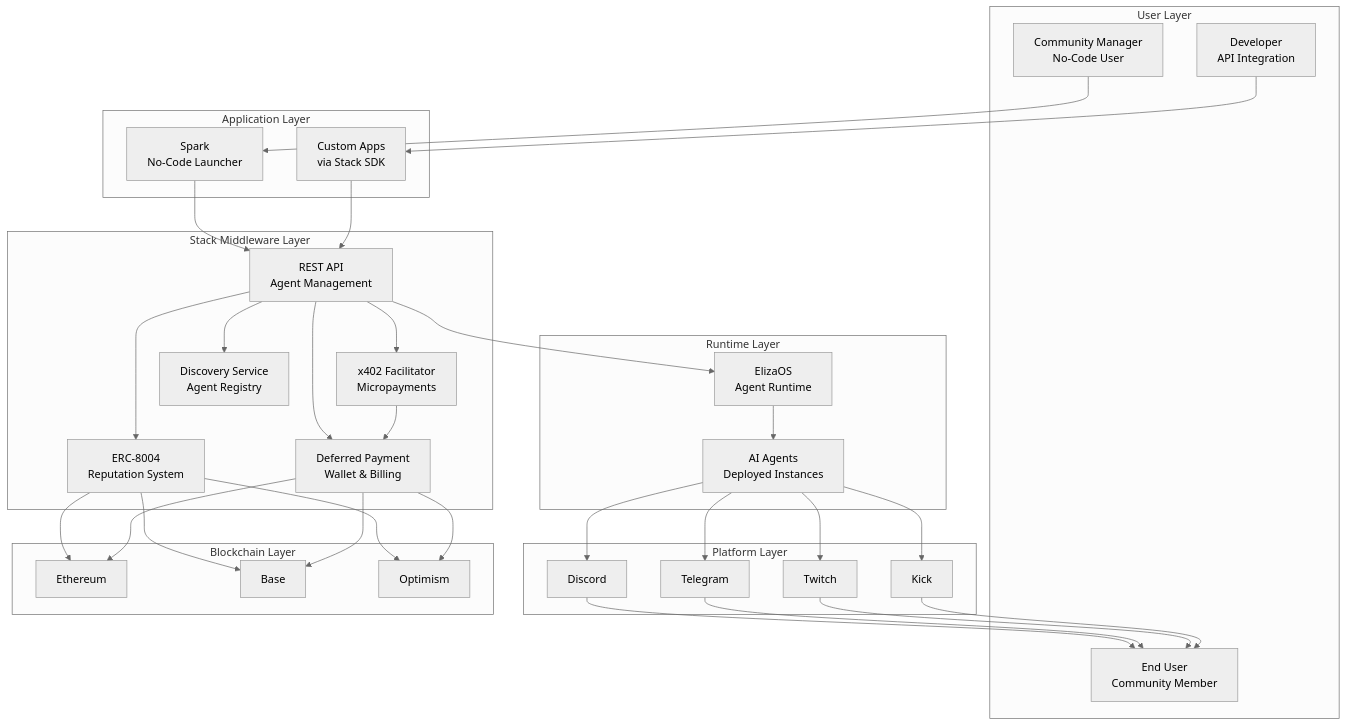
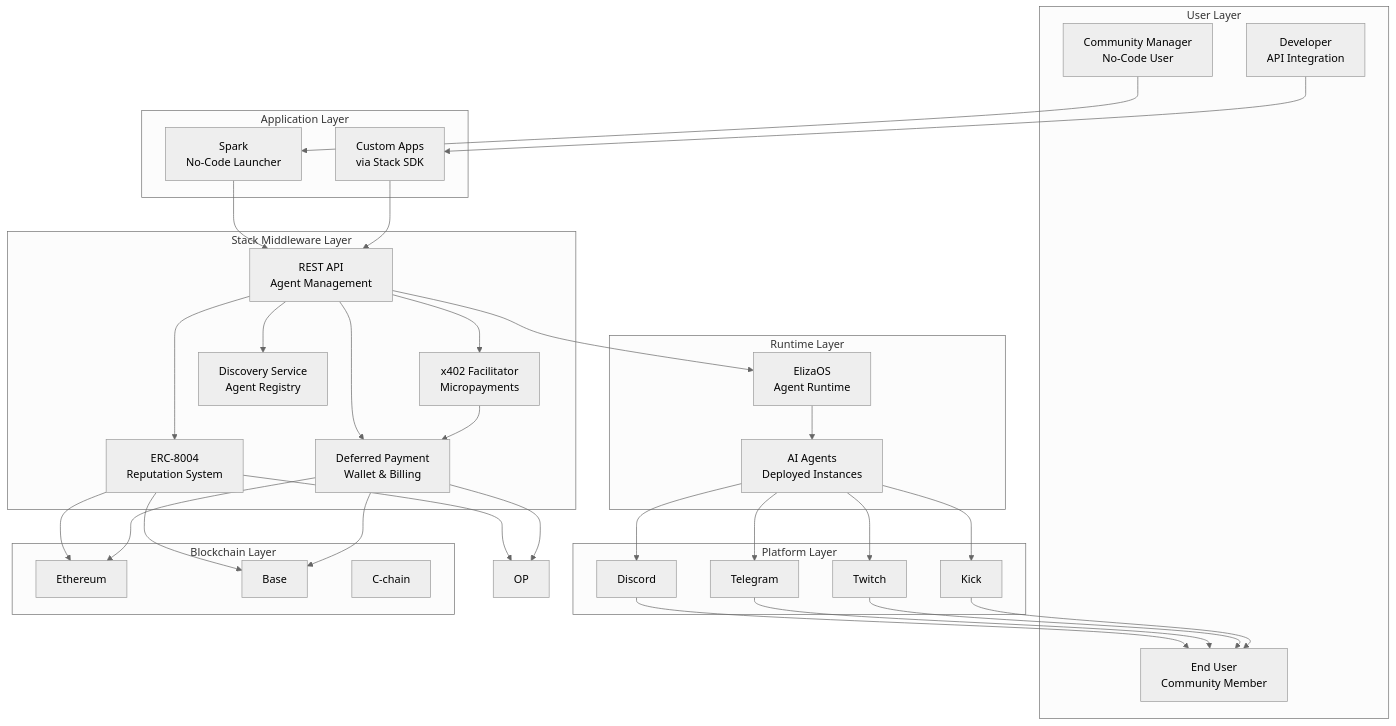
The first of 6 diagrams in README.md (PerkOS-xyz/PerkOS), drawn with Mermaid (neutral theme) before and after one commit. The commit also changed other lines of this file, not shown here.

````diff
--- a/README.md
+++ b/README.md
@@ -29,70 +29,70 @@
 ```mermaid
 graph TB
     subgraph "User Layer"
         CM[Community Manager<br/>No-Code User]
         DEV[Developer<br/>API Integration]
         USER[End User<br/>Community Member]
     end
 
     subgraph "Application Layer"
         SPARK[Spark<br/>No-Code Launcher]
         CUSTOM[Custom Apps<br/>via Stack SDK]
     end
 
     subgraph "Stack Middleware Layer"
         API[REST API<br/>Agent Management]
         X402[x402 Facilitator<br/>Micropayments]
         DISC[Discovery Service<br/>Agent Registry]
         PAY[Deferred Payment<br/>Wallet & Billing]
         REP[ERC-8004<br/>Reputation System]
     end
 
     subgraph "Runtime Layer"
         ELIZA[ElizaOS<br/>Agent Runtime]
         AGENTS[AI Agents<br/>Deployed Instances]
     end
 
     subgraph "Platform Layer"
         DISCORD[Discord]
         TELEGRAM[Telegram]
         TWITCH[Twitch]
         KICK[Kick]
     end
 
     subgraph "Blockchain Layer"
         ETH[Ethereum]
         BASE[Base]
-        OP[Optimism]
+        AVALANCHE[C-chain]
     end
 
     CM --> SPARK
     DEV --> CUSTOM
 
     SPARK --> API
     CUSTOM --> API
 
     API --> ELIZA
     API --> X402
     API --> DISC
     API --> PAY
     API --> REP
 
     X402 --> PAY
     REP --> ETH
     REP --> BASE
     REP --> OP
     PAY --> ETH
     PAY --> BASE
     PAY --> OP
 
     ELIZA --> AGENTS
     AGENTS --> DISCORD
     AGENTS --> TELEGRAM
     AGENTS --> TWITCH
     AGENTS --> KICK
 
     DISCORD --> USER
     TELEGRAM --> USER
     TWITCH --> USER
     KICK --> USER
 ```
````
